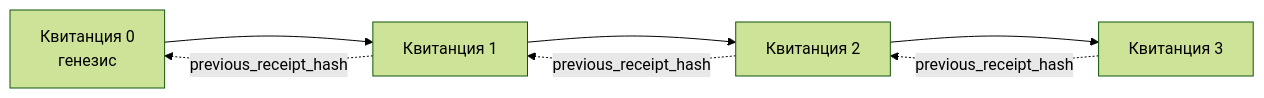
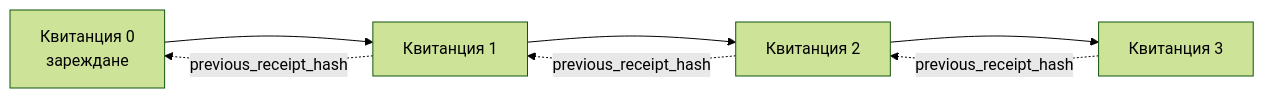
Before and after one commit to gabrielmoreira/agent-skills-mirror: the second of 2 diagrams in mirrors/repos/microsoft@ai-agents-for-beginners/translations/bg/18-securing-ai-agents/README.md, drawn with Mermaid (forest theme). The commit also changed other lines of this file and 4262 other files, not shown here.

````diff
--- a/mirrors/repos/microsoft@ai-agents-for-beginners/translations/bg/18-securing-ai-agents/README.md
+++ b/mirrors/repos/microsoft@ai-agents-for-beginners/translations/bg/18-securing-ai-agents/README.md
@@ -206,9 +203,9 @@
 ```mermaid
 flowchart LR
-    R0[Квитанция 0<br/>генезис] --> R1[Квитанция 1]
+    R0[Квитанция 0<br/>зареждане] --> R1[Квитанция 1]
     R1 --> R2[Квитанция 2]
     R2 --> R3[Квитанция 3]
     R1 -. previous_receipt_hash .-> R0
     R2 -. previous_receipt_hash .-> R1
     R3 -. previous_receipt_hash .-> R2
 ```
````
